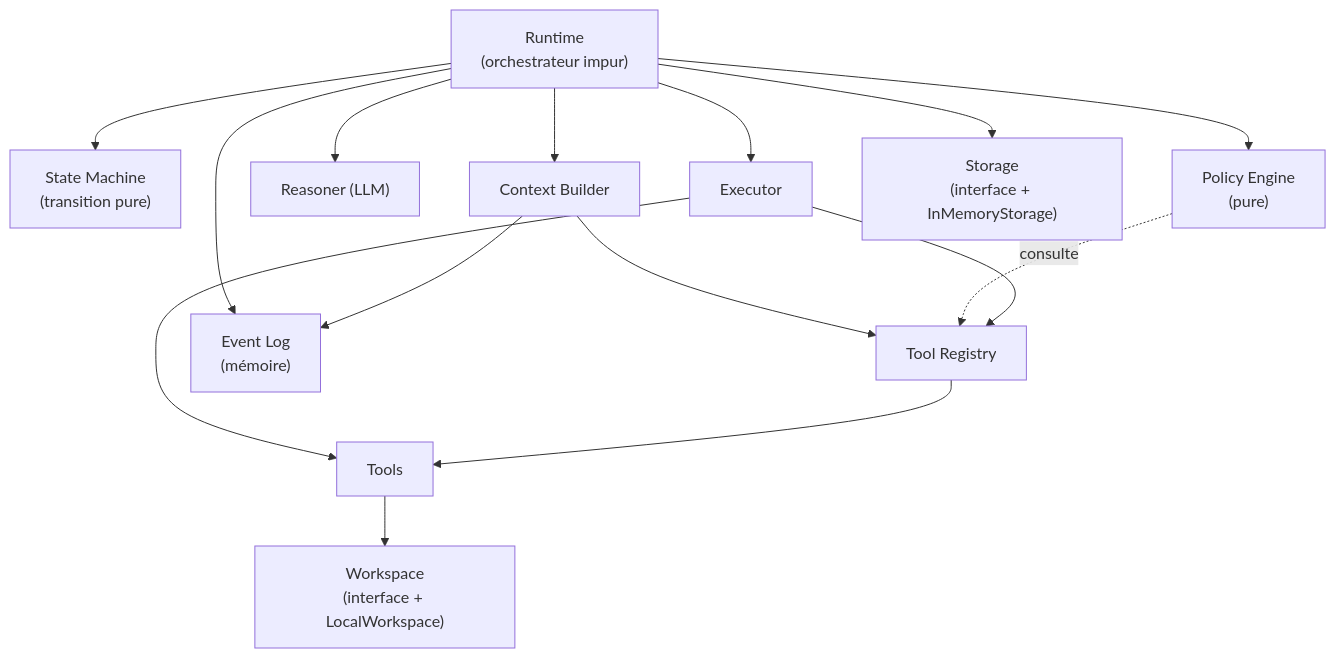
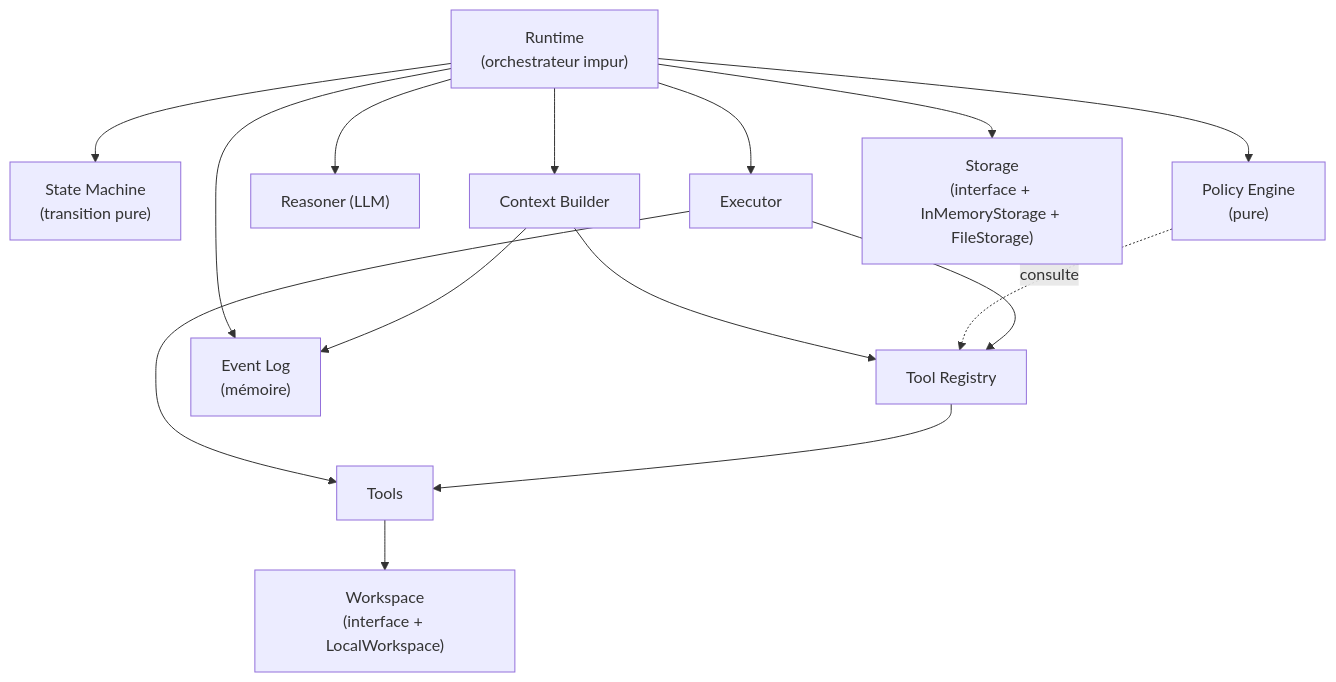
Before and after one commit to MaximeVigier/peon: the first of 4 diagrams in ARCHITECTURE.md, drawn with Mermaid. The commit also changed other lines of this file and 25 other files, not shown here.

````diff
--- a/ARCHITECTURE.md
+++ b/ARCHITECTURE.md
@@ -465,30 +629,30 @@
 ```mermaid
 graph TD
     Runtime["Runtime<br/>(orchestrateur impur)"]
     SM["State Machine<br/>(transition pure)"]
     CB["Context Builder"]
     Reasoner["Reasoner (LLM)"]
     PE["Policy Engine<br/>(pure)"]
     Exec["Executor"]
     TR["Tool Registry"]
     Tools["Tools"]
     WS["Workspace<br/>(interface + LocalWorkspace)"]
     EL["Event Log<br/>(mémoire)"]
-    ST["Storage<br/>(interface + InMemoryStorage)"]
+    ST["Storage<br/>(interface + InMemoryStorage + FileStorage)"]
 
     Runtime --> CB
     Runtime --> Reasoner
     Runtime --> SM
     Runtime --> PE
     Runtime --> Exec
     Runtime --> EL
     Runtime --> ST
 
     CB --> EL
     CB --> TR
     PE -.consulte.-> TR
     Exec --> TR
     Exec --> Tools
     TR --> Tools
     Tools --> WS
 ```
````
